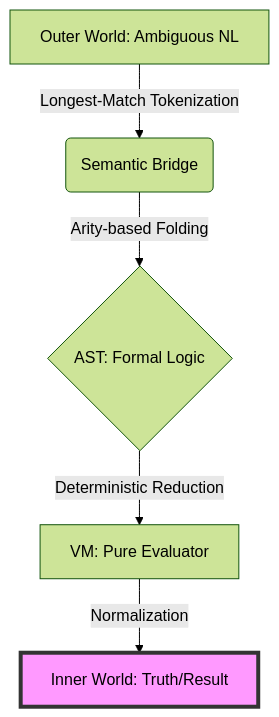
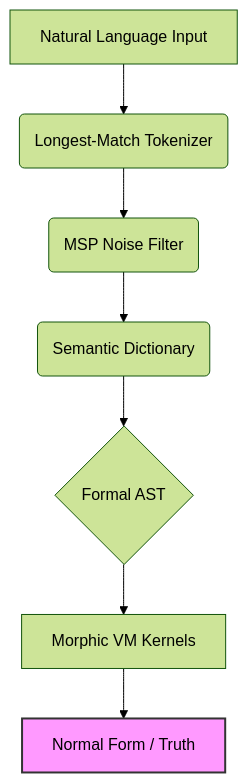
The first of 8 diagrams in Reports/METHODOLOGY_DIAGRAMS.md (aikenkyu001/morphic_inner_world), drawn with Mermaid (forest theme) before and after one commit. The commit also changed other lines of this file and 15 other files, not shown here.

First line of the commit message:
docs: finalize bilingual academic papers with integrated diagrams and sequential numbering

````diff
--- a/Reports/METHODOLOGY_DIAGRAMS.md
+++ b/Reports/METHODOLOGY_DIAGRAMS.md
@@ -8,8 +8,10 @@
 ```mermaid
 graph TD
-    A[Outer World: Ambiguous NL] -->|Longest-Match Tokenization| B(Semantic Bridge)
-    B -->|Arity-based Folding| C{AST: Formal Logic}
-    C -->|Deterministic Reduction| D[VM: Pure Evaluator]
-    D -->|Normalization| E[Inner World: Truth/Result]
-    style E fill:#f9f,stroke:#333,stroke-width:4px
+    Input[Natural Language Input] --> Tok(Longest-Match Tokenizer)
+    Tok --> Filt(MSP Noise Filter)
+    Filt --> Dict(Semantic Dictionary)
+    Dict --> AST{Formal AST}
+    AST --> VM[Morphic VM Kernels]
+    VM --> Truth[Normal Form / Truth]
+    style Truth fill:#f9f,stroke:#333,stroke-width:2px
 ```
````
